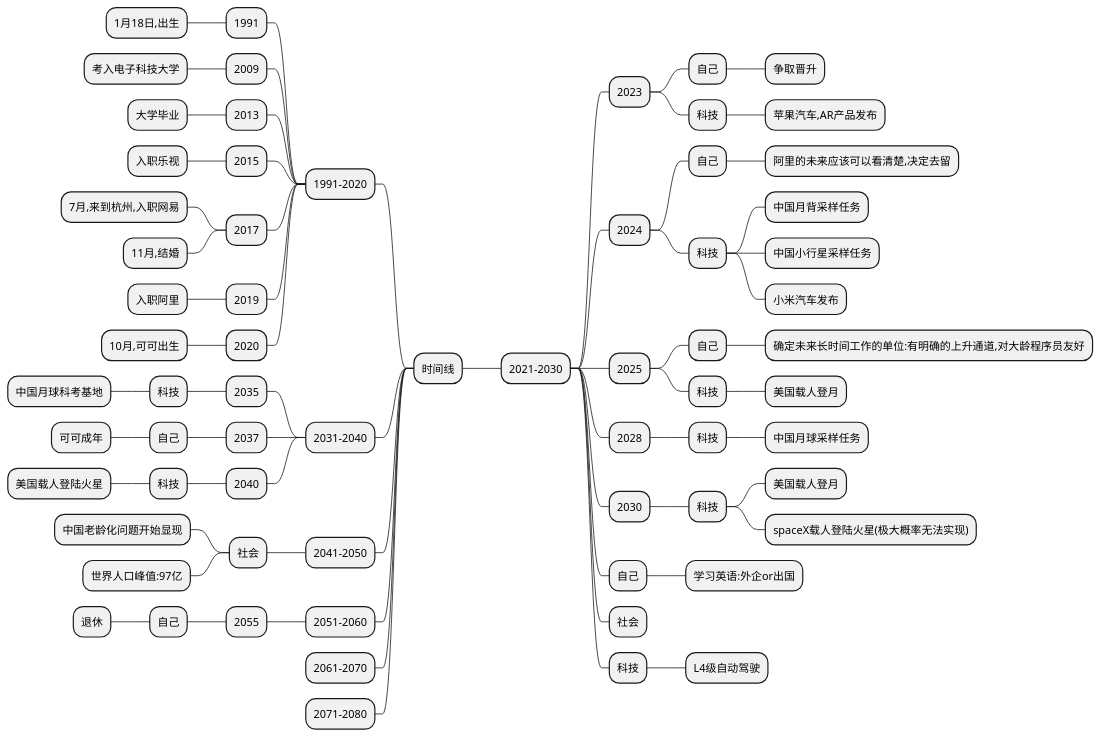
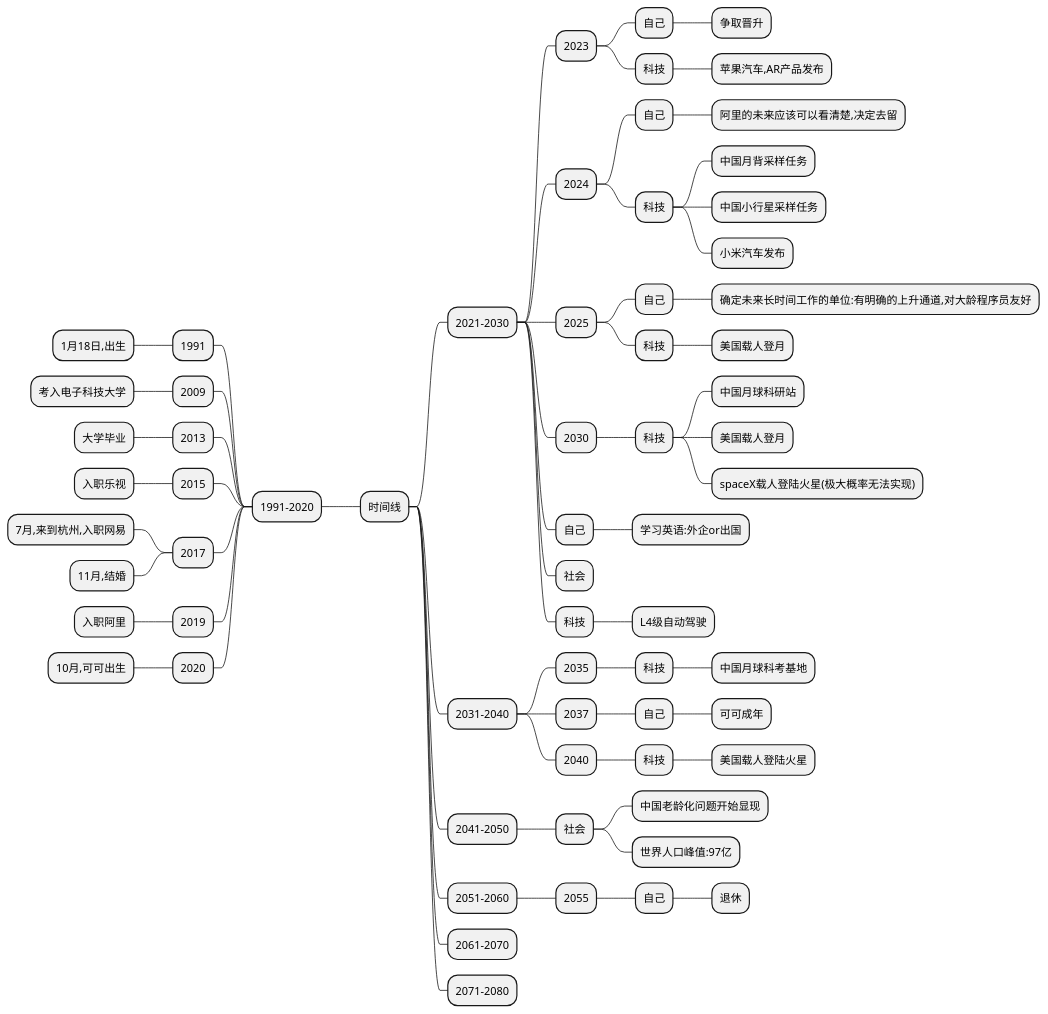
Before and after one commit to Huang2070/alpha-centauri-c: the diagram in D·观点-know_who/未来/2070.plantuml, drawn with PlantUML.

```diff
--- a/D·观点-know_who/未来/2070.plantuml
+++ b/D·观点-know_who/未来/2070.plantuml
@@ -1,94 +1,95 @@
 @startmindmap 未来
 * 时间线
 
 left side
+
 ** 1991-2020
 *** 1991
 **** 1月18日,出生
 *** 2009
 **** 考入电子科技大学
 *** 2013
 **** 大学毕业
 *** 2015
 **** 入职乐视
 *** 2017
 **** 7月,来到杭州,入职网易
 **** 11月,结婚
 *** 2019
 **** 入职阿里
 *** 2020
 **** 10月,可可出生
 
+
 right side
+
 ** 2021-2030
 
 *** 2023
 **** 自己
 ***** 争取晋升
 **** 科技
 ***** 苹果汽车,AR产品发布
 
 *** 2024
 **** 自己
 ***** 阿里的未来应该可以看清楚,决定去留
 **** 科技
 ***** 中国月背采样任务
 ***** 中国小行星采样任务
 ***** 小米汽车发布
 
 
 *** 2025
 **** 自己
 ***** 确定未来长时间工作的单位:有明确的上升通道,对大龄程序员友好
 **** 科技
 ***** 美国载人登月
 
-*** 2028
-**** 科技
-***** 中国月球采样任务
 
 *** 2030
 **** 科技
+***** 中国月球科研站
 ***** 美国载人登月
 ***** spaceX载人登陆火星(极大概率无法实现)
 
 *** 自己
 **** 学习英语:外企or出国
 *** 社会
 
 *** 科技
 **** L4级自动驾驶
 
 
 
-left side
+
 
 ** 2031-2040
 *** 2035
 **** 科技
 ***** 中国月球科考基地
 
 *** 2037
 **** 自己
 ***** 可可成年
 
 *** 2040
 **** 科技
 ***** 美国载人登陆火星
 
 ** 2041-2050
 
 *** 社会
 **** 中国老龄化问题开始显现
 **** 世界人口峰值:97亿
 
 ** 2051-2060
 *** 2055
 **** 自己
 ***** 退休
 
 ** 2061-2070
 
 ** 2071-2080
 
 @endmindmap
```
